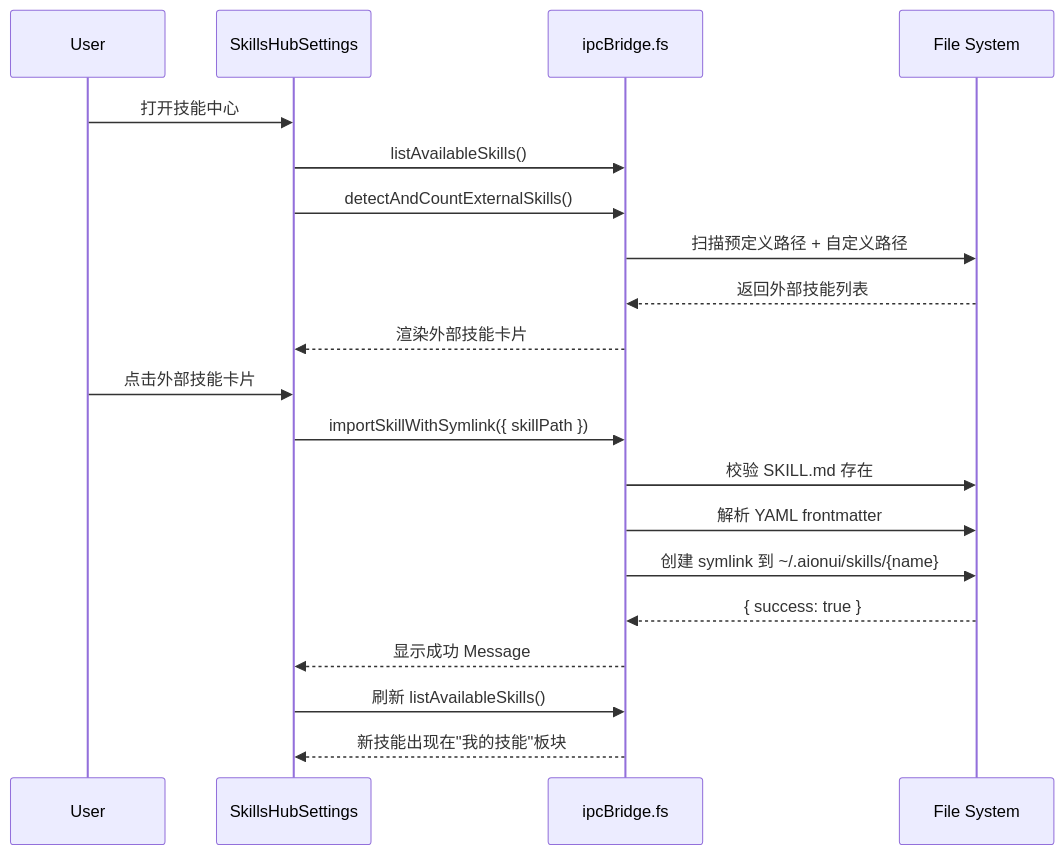
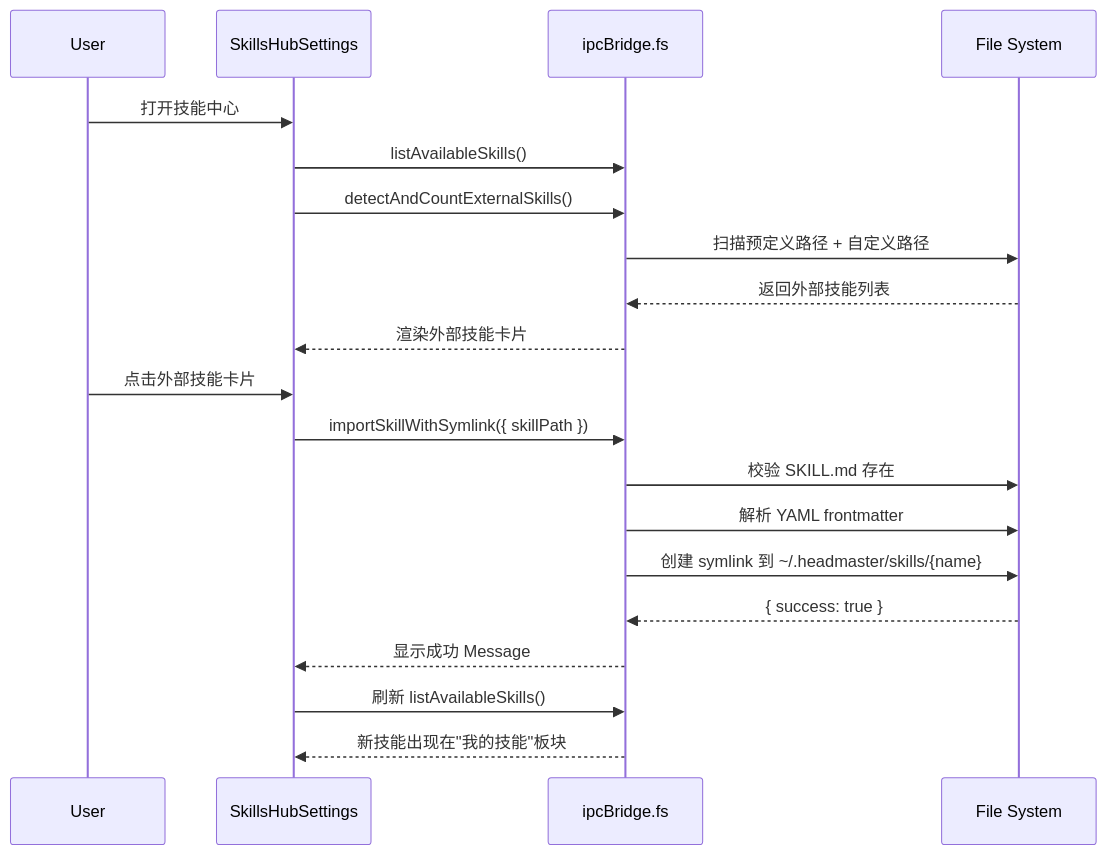
One commit to mutvayzz-sys/gcaplabs-headmasterUI changed the first of 3 diagrams in tests/e2e/docs/skills-hub/requirements.zh.md. Above: the diagram before and after it, drawn with Mermaid. The commit also changed other lines of this file and 961 other files, not shown here.

````diff
--- a/tests/e2e/docs/skills-hub/requirements.zh.md
+++ b/tests/e2e/docs/skills-hub/requirements.zh.md
@@ -750,24 +750,24 @@
 ```mermaid
 sequenceDiagram
     participant User
     participant UI as SkillsHubSettings
     participant Bridge as ipcBridge.fs
     participant FS as File System
 
     User->>UI: 打开技能中心
     UI->>Bridge: listAvailableSkills()
     UI->>Bridge: detectAndCountExternalSkills()
     Bridge->>FS: 扫描预定义路径 + 自定义路径
     FS-->>Bridge: 返回外部技能列表
     Bridge-->>UI: 渲染外部技能卡片
 
     User->>UI: 点击外部技能卡片
     UI->>Bridge: importSkillWithSymlink({ skillPath })
     Bridge->>FS: 校验 SKILL.md 存在
     Bridge->>FS: 解析 YAML frontmatter
-    Bridge->>FS: 创建 symlink 到 ~/.aionui/skills/{name}
+    Bridge->>FS: 创建 symlink 到 ~/.headmaster/skills/{name}
     FS-->>Bridge: { success: true }
     Bridge-->>UI: 显示成功 Message
     UI->>Bridge: 刷新 listAvailableSkills()
     Bridge-->>UI: 新技能出现在"我的技能"板块
 ```
````
